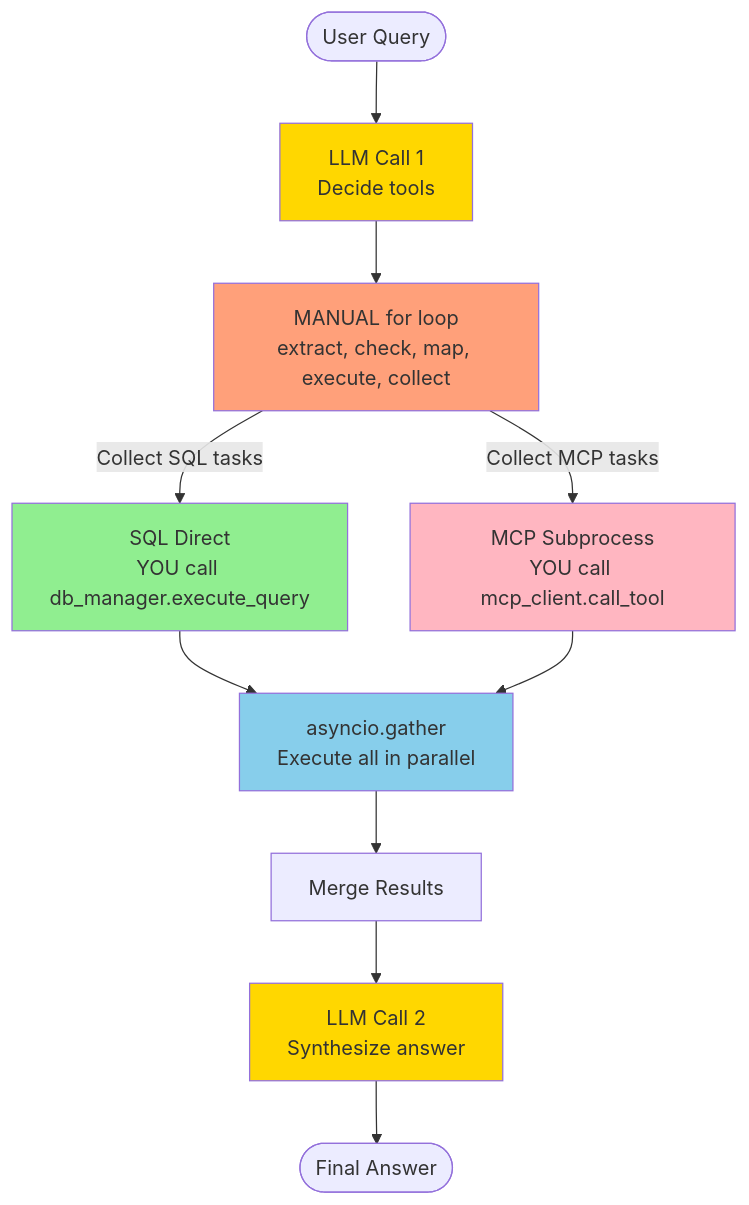
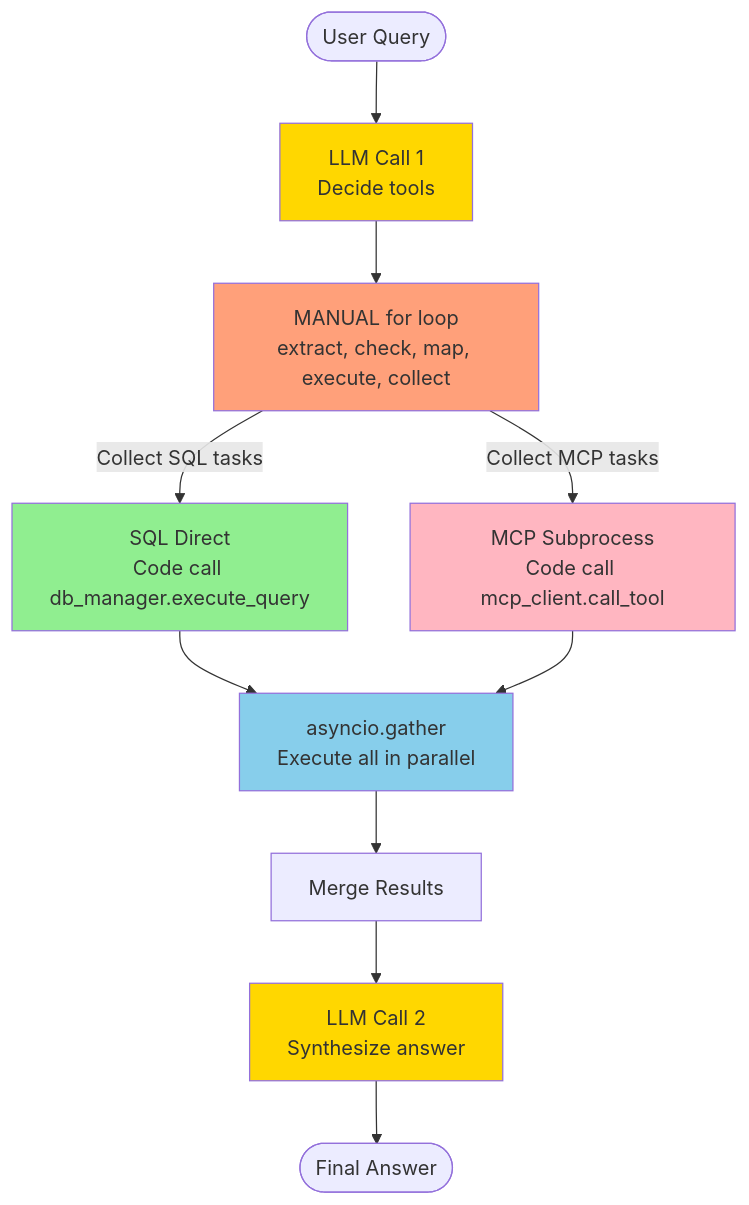
One commit to Yuhsuant1994/DataScienKnowledge changed the fourth of 6 diagrams in AgenticAI/simple_chatbot_mcp_langgraph/readme.md. Above: the diagram before and after it, drawn with Mermaid. The commit also changed other lines of this file, not shown here.

````diff
--- a/AgenticAI/simple_chatbot_mcp_langgraph/readme.md
+++ b/AgenticAI/simple_chatbot_mcp_langgraph/readme.md
@@ -77,23 +77,23 @@
 ```mermaid
 graph TD
     START([User Query]) --> LLM1[LLM Call 1<br/>Decide tools]
     LLM1 --> MANUAL[MANUAL for loop<br/>extract, check, map, execute, collect]
 
-    MANUAL -->|Collect SQL tasks| SQL[SQL Direct<br/>YOU call db_manager.execute_query]
-    MANUAL -->|Collect MCP tasks| MCP[MCP Subprocess<br/>YOU call mcp_client.call_tool]
+    MANUAL -->|Collect SQL tasks| SQL[SQL Direct<br/>Code call db_manager.execute_query]
+    MANUAL -->|Collect MCP tasks| MCP[MCP Subprocess<br/>Code call mcp_client.call_tool]
 
     SQL --> PARALLEL[asyncio.gather<br/>Execute all in parallel]
     MCP --> PARALLEL
 
     PARALLEL --> MERGE[Merge Results]
 
     MERGE --> LLM2[LLM Call 2<br/>Synthesize answer]
     LLM2 --> END([Final Answer])
 
     style LLM1 fill:#FFD700
     style LLM2 fill:#FFD700
     style MANUAL fill:#FFA07A
     style PARALLEL fill:#87CEEB
     style SQL fill:#90EE90
     style MCP fill:#FFB6C1
 ```
````
